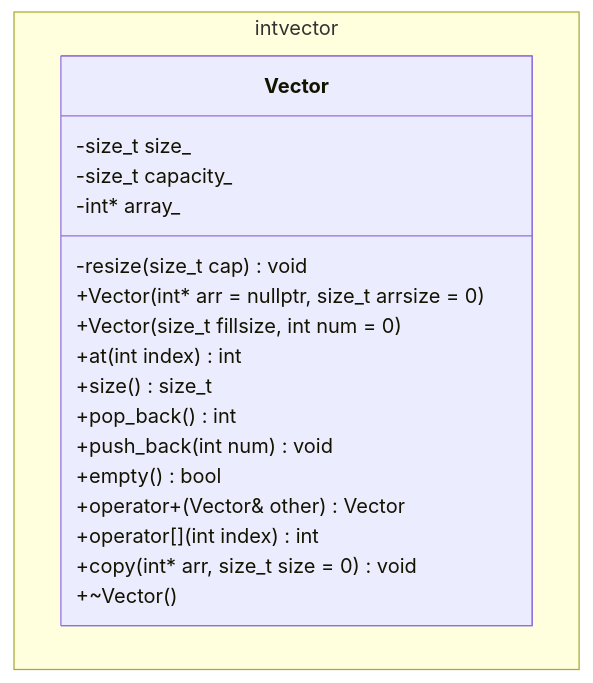
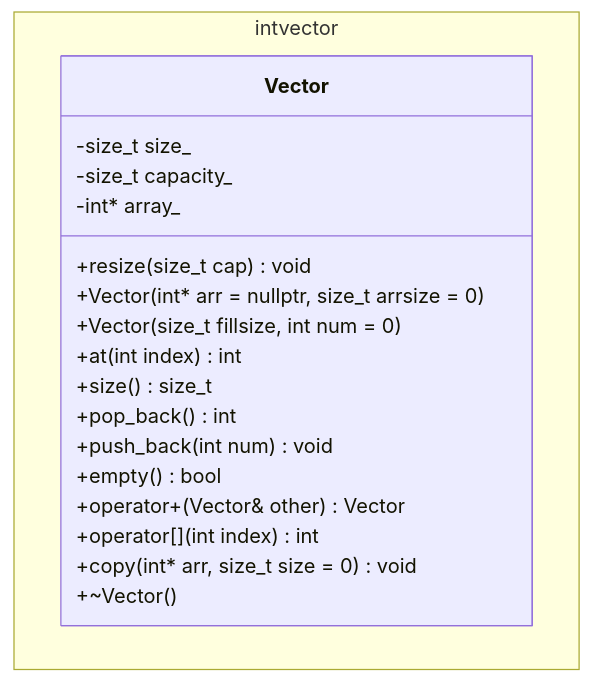
One commit to JSHaberl/cpp_IntVector changed the diagram in README.md. Above: the diagram before and after it, drawn with Mermaid. The commit also changed 1 other file, not shown here.

Commit message:
Changed mermaid and adjusted push_back-test

````diff
--- a/README.md
+++ b/README.md
@@ -1,22 +1,22 @@
 ```mermaid
 classDiagram
     namespace intvector {
         class Vector {
             -size_t size_
             -size_t capacity_
             -int* array_
-            -resize(size_t cap) void
+            +resize(size_t cap) void
             +Vector(int* arr = nullptr, size_t arrsize = 0)
             +Vector(size_t fillsize, int num = 0)
             +at(int index) int
             +size() size_t
             +pop_back() int
             +push_back(int num) void
             +empty() bool
             +operator+(Vector& other) Vector
             +operator[](int index) int
             +copy(int* arr, size_t size = 0) void
             +~Vector()
         }
     }
 ```
````
